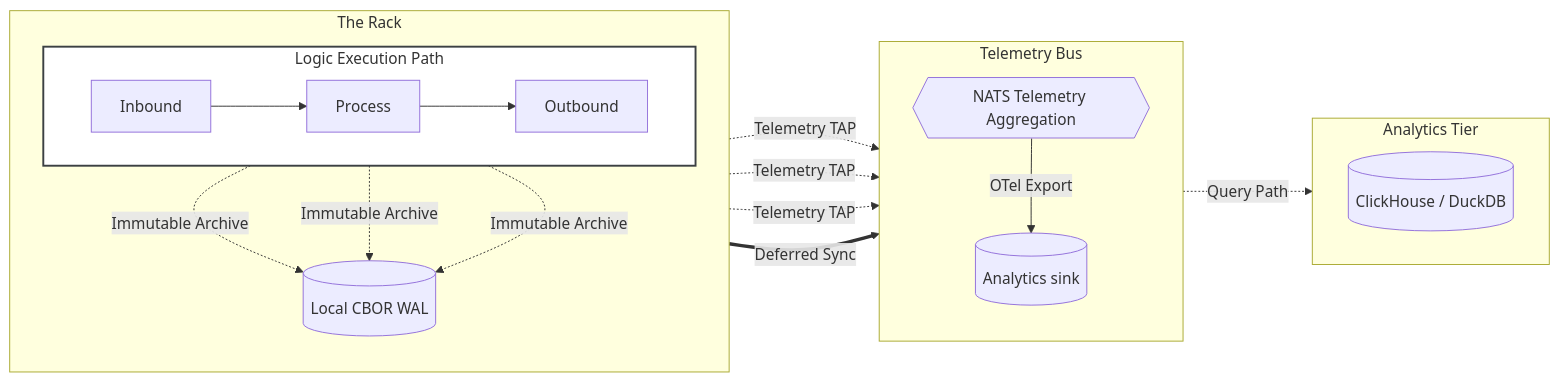
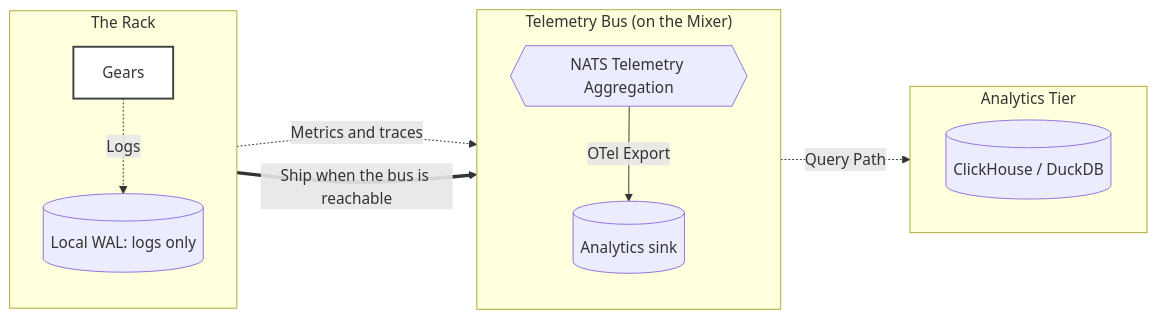
One commit to fluxrig/docs changed the diagram in docs/architecture/observability.md. Above: the diagram before and after it, drawn with Mermaid. The commit also changed other lines of this file and 28 other files, not shown here.

````diff
--- a/docs/architecture/observability.md
+++ b/docs/architecture/observability.md
@@ -58,40 +60,28 @@
 ```mermaid
 graph LR
     subgraph Rack ["The Rack"]
         direction TB
-        subgraph Pipeline ["Logic Execution Path"]
-            direction LR
-            In[Inbound] --> Proc[Process] --> Out[Outbound]
-        end
-        WAL[("Local CBOR WAL")]
+        Gears["Gears"]
+        WAL[("Local WAL: logs only")]
     end
 
-    subgraph Bus ["Telemetry Bus"]
+    subgraph Bus ["Telemetry Bus (on the Mixer)"]
         direction TB
         NATS{{"NATS Telemetry Aggregation"}}
         Store[("Analytics sink")]
         NATS -->|OTel Export| Store
     end
 
     subgraph Sink ["Analytics Tier"]
         direction LR
         CH[("ClickHouse / DuckDB")]
     end
     Store -.->|Query Path| CH
 
-    %% Telemetry TAPs
-    In -.->|"Telemetry TAP"| NATS
-    Proc -.->|"Telemetry TAP"| NATS
-    Out -.->|"Telemetry TAP"| NATS
-
-    %% Local Sovereignty Flow
-    In -.->|Immutable Archive| WAL
-    Proc -.->|Immutable Archive| WAL
-    Out -.->|Immutable Archive| WAL
-    
-    %% Sync Path
-    WAL == "Deferred Sync" ==> Store
+    Gears -.->|"Metrics and traces"| NATS
+    Gears -.->|"Logs"| WAL
+    WAL == "Ship when the bus is reachable" ==> NATS
 
     classDef gear fill:#ffffff,stroke:#3c4043,stroke-width:2px;
-    class Pipeline gear;
+    class Gears gear;
 ```
````
